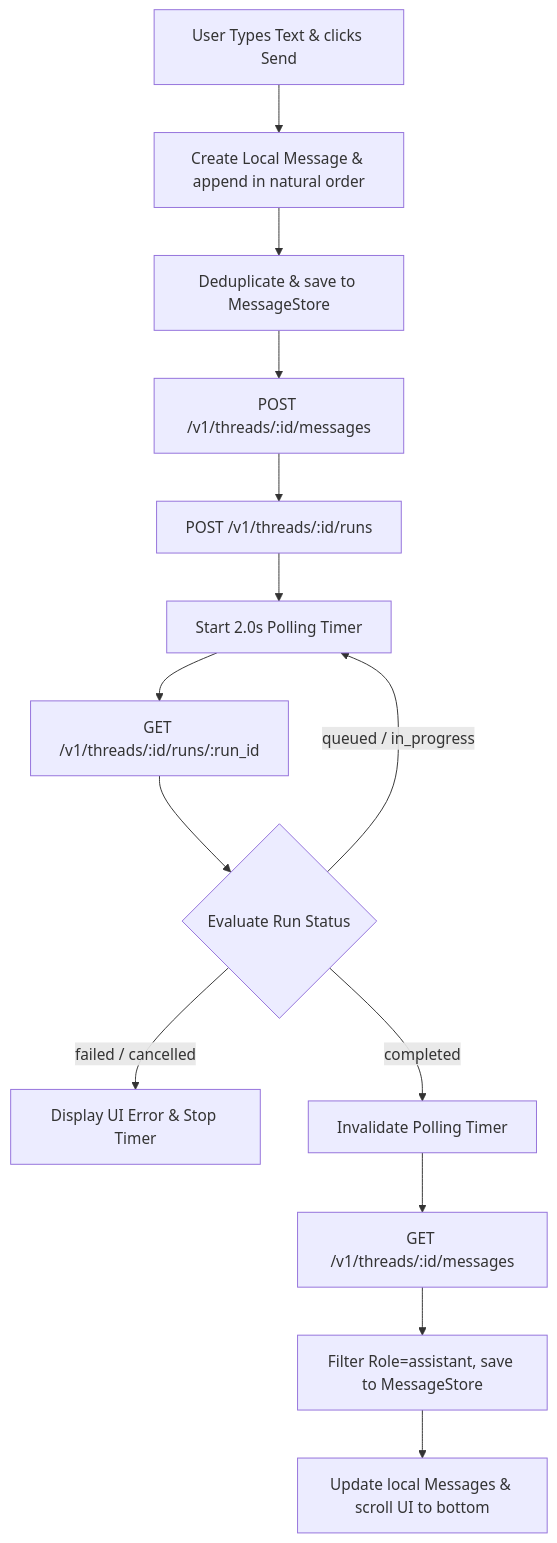
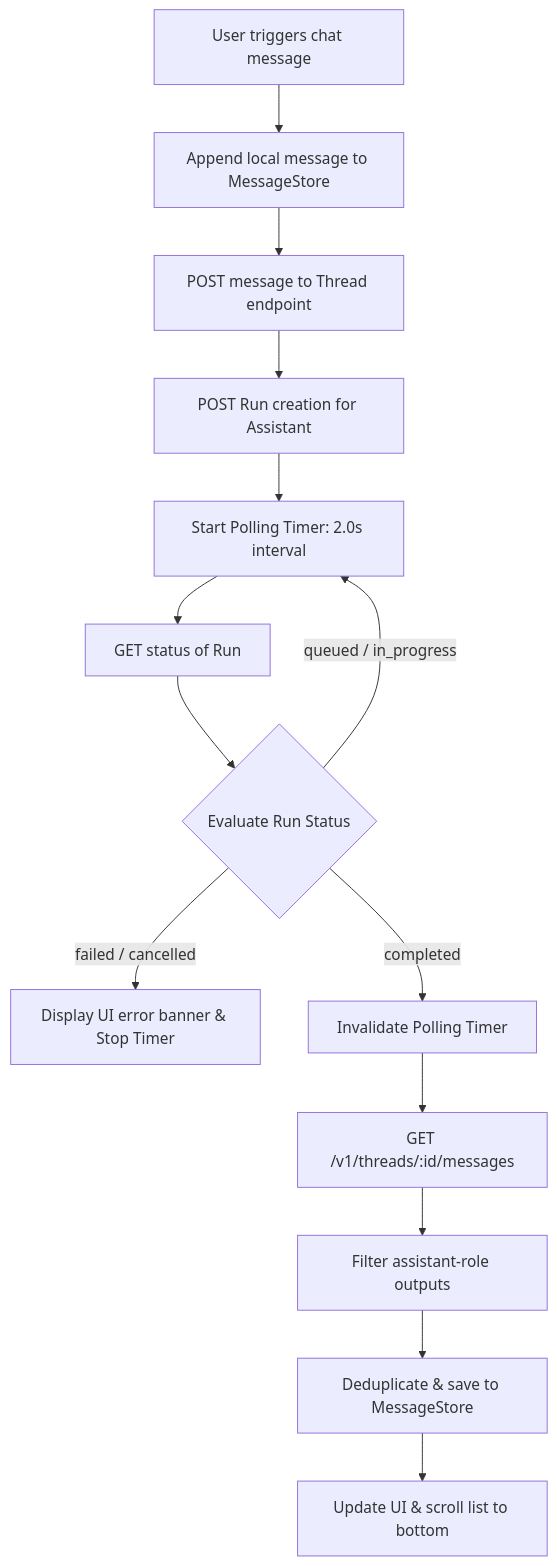
The fourth of 4 diagrams in README.md (Gunnarguy/OpenAssistant), drawn with Mermaid before and after one commit. The commit also changed other lines of this file and 15 other files, not shown here.

````diff
--- a/README.md
+++ b/README.md
@@ -155,18 +186,18 @@
 ```mermaid
 flowchart TD
-    UserMsg[User Types Text & clicks Send] --> LocalSave[Create Local Message & append in natural order]
-    LocalSave --> LocalStore[Deduplicate & save to MessageStore]
-    LocalStore --> APIAdd[POST /v1/threads/:id/messages]
-    APIAdd --> APIRun[POST /v1/threads/:id/runs]
-    APIRun --> Polling[Start 2.0s Polling Timer]
-    Polling --> GETStatus[GET /v1/threads/:id/runs/:run_id]
-    GETStatus --> StatusEval{Evaluate Run Status}
+    A[User triggers chat message] --> B[Append local message to MessageStore]
+    B --> C[POST message to Thread endpoint]
+    C --> D[POST Run creation for Assistant]
+    D --> E[Start Polling Timer: 2.0s interval]
+    E --> F[GET status of Run]
+    F --> G{Evaluate Run Status}
     
-    StatusEval -- queued / in_progress --> Polling
-    StatusEval -- failed / cancelled --> Error[Display UI Error & Stop Timer]
-    StatusEval -- completed --> StopTimer[Invalidate Polling Timer]
+    G -->|queued / in_progress| E
+    G -->|failed / cancelled| H[Display UI error banner & Stop Timer]
+    G -->|completed| I[Invalidate Polling Timer]
     
-    StopTimer --> GETMsgs[GET /v1/threads/:id/messages]
-    GETMsgs --> SaveMsgs[Filter Role=assistant, save to MessageStore]
-    SaveMsgs --> UIRefresh[Update local Messages & scroll UI to bottom]
+    I --> J[GET /v1/threads/:id/messages]
+    J --> K[Filter assistant-role outputs]
+    K --> L[Deduplicate & save to MessageStore]
+    L --> M[Update UI & scroll list to bottom]
 ```
````
